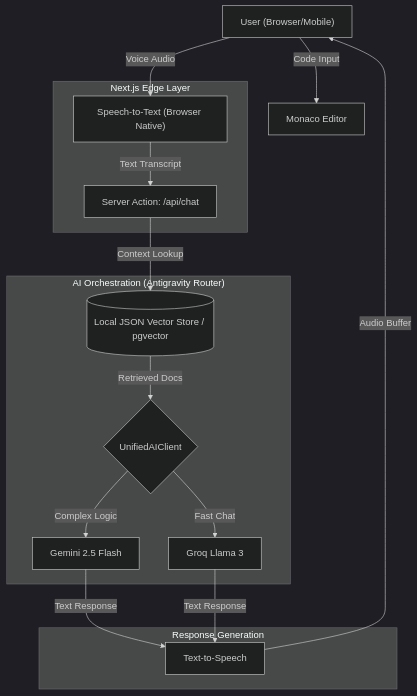
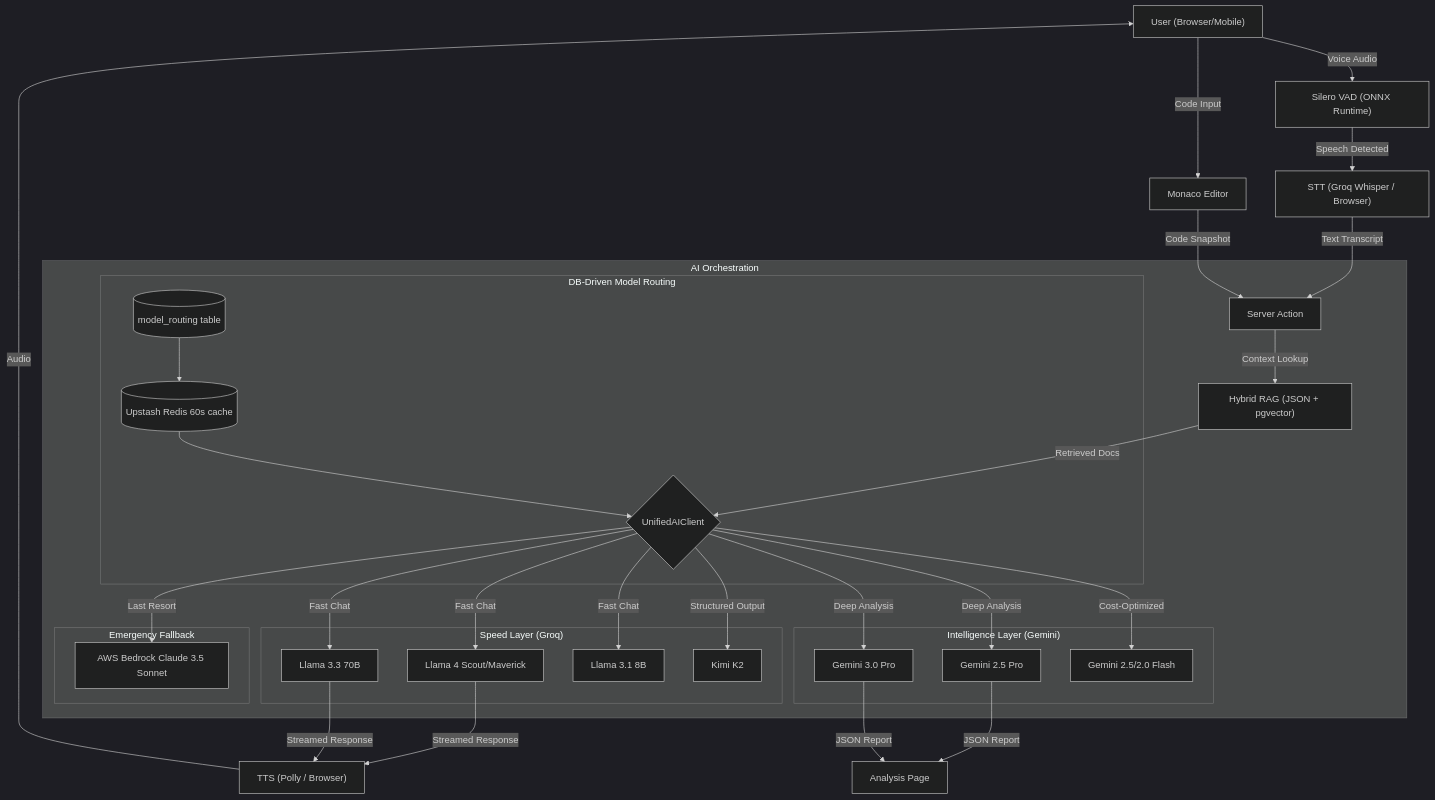
The diagram in DESIGN.md (ANIRUDDH-001/algomind), drawn with Mermaid (dark theme) before and after one commit. The commit also changed other lines of this file and 22 other files, not shown here.

````diff
--- a/DESIGN.md
+++ b/DESIGN.md
@@ -18,23 +20,48 @@
 ```mermaid
 graph TD
-    User["User (Browser/Mobile)"] -->|Voice Audio| STT["Speech-to-Text (Browser Native)"]
+    User["User (Browser/Mobile)"] -->|Voice Audio| VAD["Silero VAD (ONNX Runtime)"]
     User -->|Code Input| Editor[Monaco Editor]
-    
-    subgraph "Next.js Edge Layer"
-        STT -->|Text Transcript| ServerAction[Server Action: /api/chat]
+
+    VAD -->|Speech Detected| STT["STT (Groq Whisper / Browser)"]
+    STT -->|Text Transcript| ServerAction[Server Action]
+    Editor -->|Code Snapshot| ServerAction
+
+    subgraph "AI Orchestration"
+        ServerAction -->|Context Lookup| RAG["Hybrid RAG (JSON + pgvector)"]
+        RAG -->|Retrieved Docs| Router{UnifiedAIClient}
+
+        subgraph "DB-Driven Model Routing"
+            ModelTable[(model_routing table)]
+            Redis[(Upstash Redis 60s cache)]
+            ModelTable --> Redis
+            Redis --> Router
+        end
+
+        subgraph "Speed Layer (Groq)"
+            Llama4[Llama 4 Scout/Maverick]
+            Llama33[Llama 3.3 70B]
+            Llama31[Llama 3.1 8B]
+            KimiK2[Kimi K2]
+        end
+
+        subgraph "Intelligence Layer (Gemini)"
+            Gemini25Pro[Gemini 2.5 Pro]
+            Gemini3Pro[Gemini 3.0 Pro]
+            GeminiFlash[Gemini 2.5/2.0 Flash]
+        end
+
+        subgraph "Emergency Fallback"
+            Bedrock[AWS Bedrock Claude 3.5 Sonnet]
+        end
+
+        Router -->|Fast Chat| Llama4 & Llama33 & Llama31
+        Router -->|Structured Output| KimiK2
+        Router -->|Deep Analysis| Gemini25Pro & Gemini3Pro
+        Router -->|Cost-Optimized| GeminiFlash
+        Router -->|Last Resort| Bedrock
     end
-    
-    subgraph "AI Orchestration (Antigravity Router)"
-        ServerAction -->|Context Lookup| VectorDB[("Local JSON Vector Store / pgvector")]
-        VectorDB -->|Retrieved Docs| Router{UnifiedAIClient}
-        Router -->|Complex Logic| Gemini[Gemini 2.5 Flash]
-        Router -->|Fast Chat| Groq[Groq Llama 3]
-    end
-    
-    subgraph "Response Generation"
-        Gemini -->|Text Response| TTS[Text-to-Speech]
-        Groq -->|Text Response| TTS
-    end
-    
-    TTS -->|Audio Buffer| User
+
+    Llama4 & Llama33 -->|Streamed Response| TTS["TTS (Polly / Browser)"]
+    Gemini25Pro & Gemini3Pro -->|JSON Report| AnalysisPage[Analysis Page]
+    TTS -->|Audio| User
 ```
````
